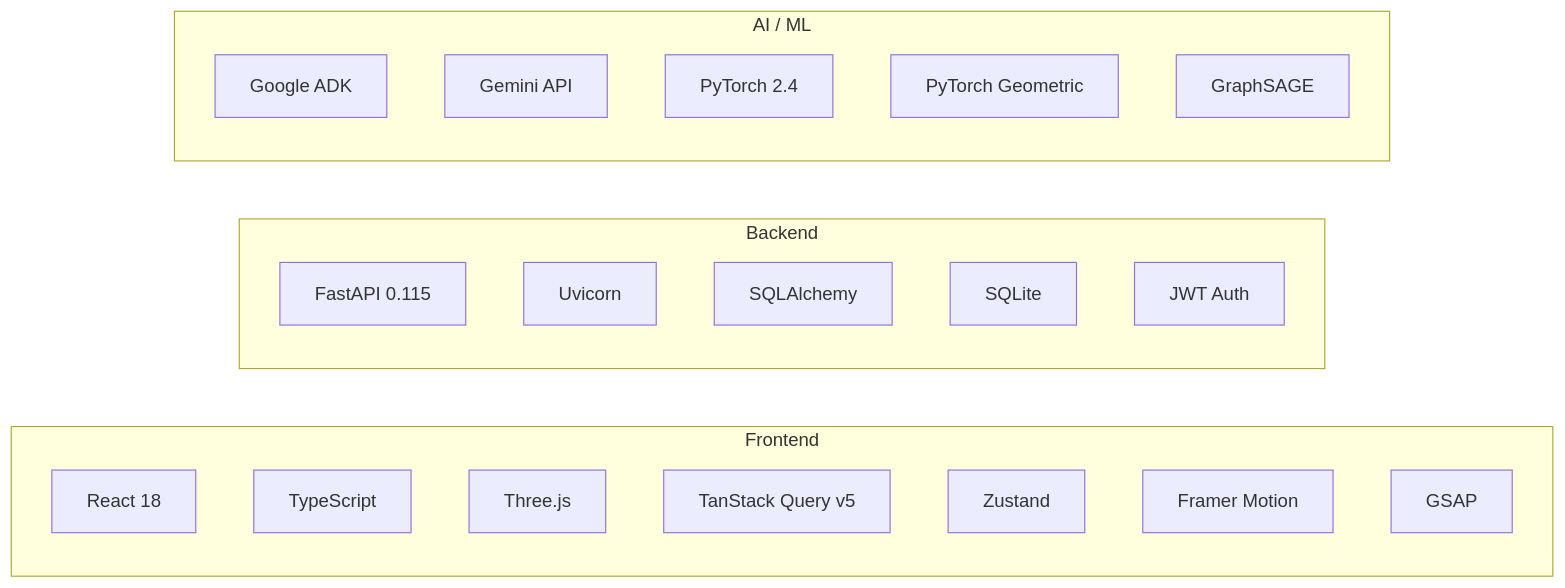
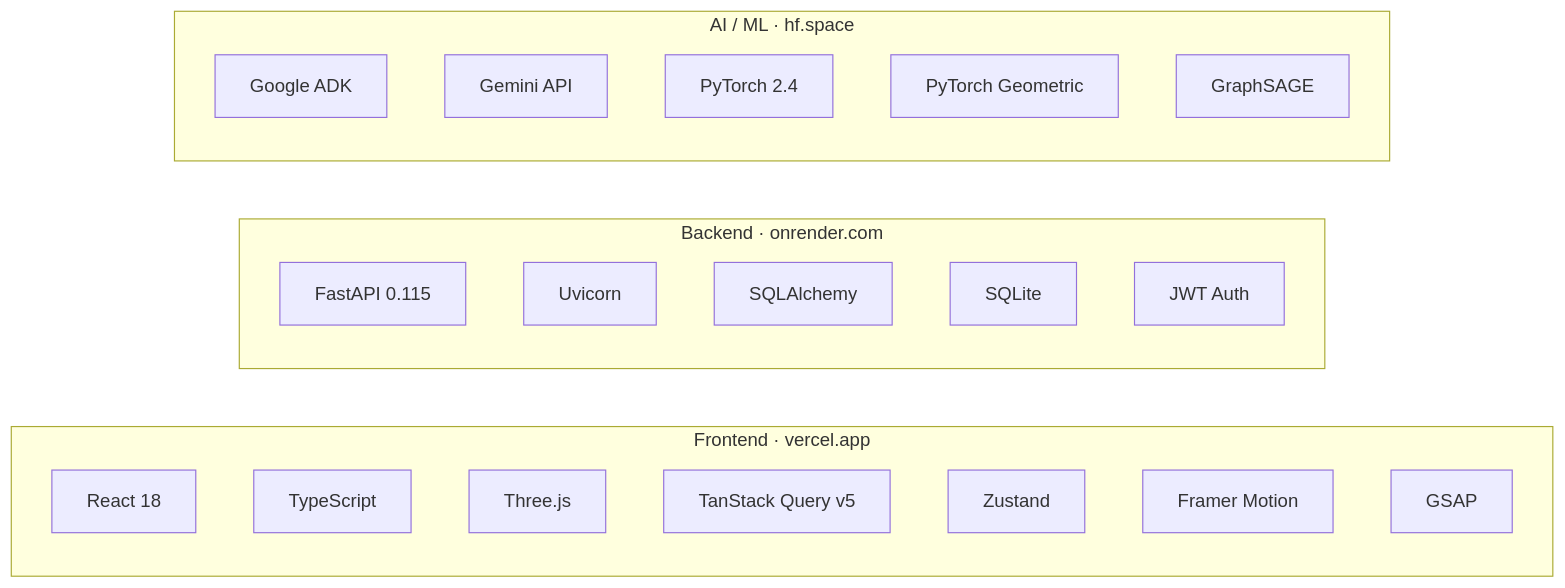
One commit to RaGaS958/RippleGraphAI changed the tenth of 10 diagrams in README.md. Above: the diagram before and after it, drawn with Mermaid. The commit also changed other lines of this file, not shown here.

````diff
--- a/README.md
+++ b/README.md
@@ -542,28 +641,28 @@
 ```mermaid
 graph LR
-    subgraph FE["Frontend"]
+    subgraph FE["Frontend · vercel.app"]
         R18[React 18]
         TS[TypeScript]
         THREE[Three.js]
         TANSTACK[TanStack Query v5]
         ZUSTAND[Zustand]
         FM[Framer Motion]
         GSAP[GSAP]
     end
 
-    subgraph BE["Backend"]
+    subgraph BE["Backend · onrender.com"]
         FAPI[FastAPI 0.115]
         UV[Uvicorn]
         SQLA[SQLAlchemy]
         SQLITE[SQLite]
         JWT[JWT Auth]
     end
 
-    subgraph AI["AI / ML"]
+    subgraph AI["AI / ML · hf.space"]
         ADK[Google ADK]
         GEMINI[Gemini API]
         PT[PyTorch 2.4]
         PTG[PyTorch Geometric]
         GRAPHSAGE[GraphSAGE]
     end
 ```
````
